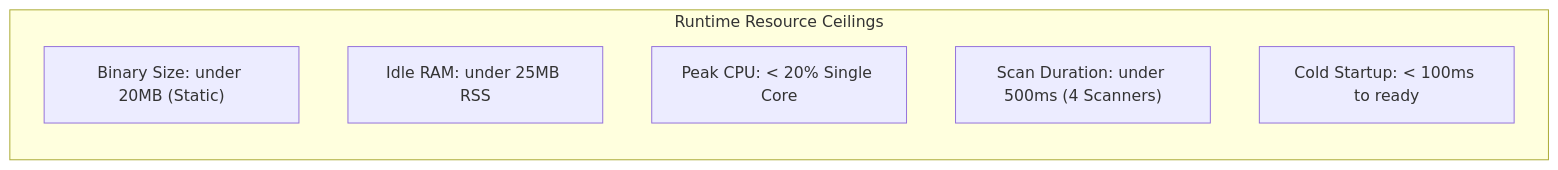
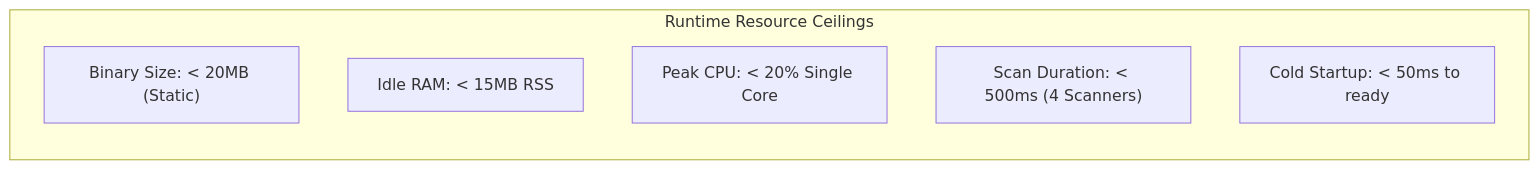
The first of 2 diagrams in docs/TRD.md (Subhadip-Paul2006/NETRA-Backend), drawn with Mermaid before and after one commit. The commit also changed other lines of this file and 13 other files, not shown here.

Commit message:
docs: finalize Rust-first systems architecture lock across all 16 specifications

````diff
--- a/docs/TRD.md
+++ b/docs/TRD.md
@@ -44,10 +52,10 @@
 ```mermaid
 flowchart LR
     subgraph Budgets["Runtime Resource Ceilings"]
-        B1["Binary Size: under 20MB (Static)"]
-        B2["Idle RAM: under 25MB RSS"]
+        B1["Binary Size: < 20MB (Static)"]
+        B2["Idle RAM: < 15MB RSS"]
         B3["Peak CPU: < 20% Single Core"]
-        B4["Scan Duration: under 500ms (4 Scanners)"]
-        B5["Cold Startup: < 100ms to ready"]
+        B4["Scan Duration: < 500ms (4 Scanners)"]
+        B5["Cold Startup: < 50ms to ready"]
     end
 ```
````
